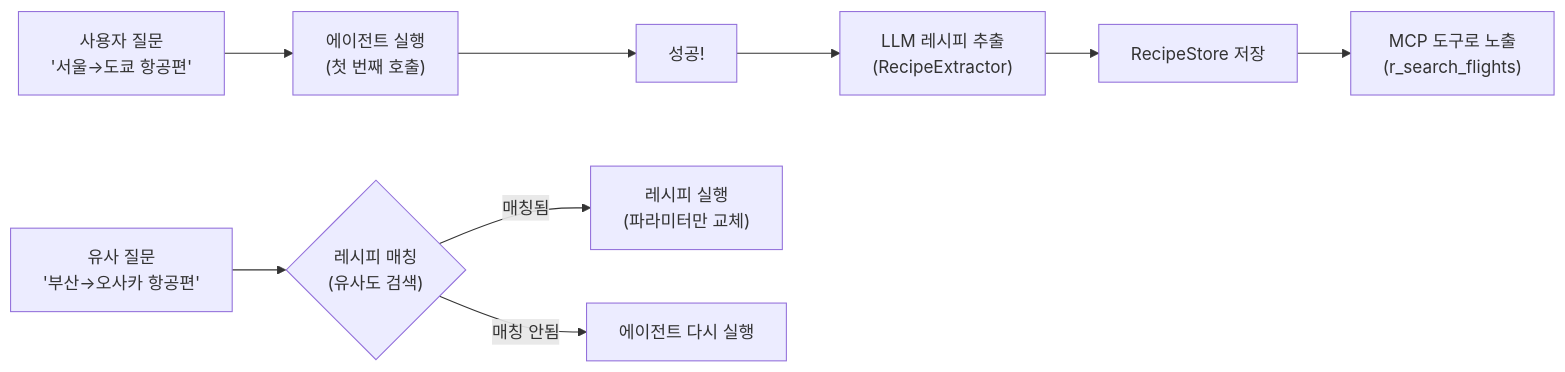
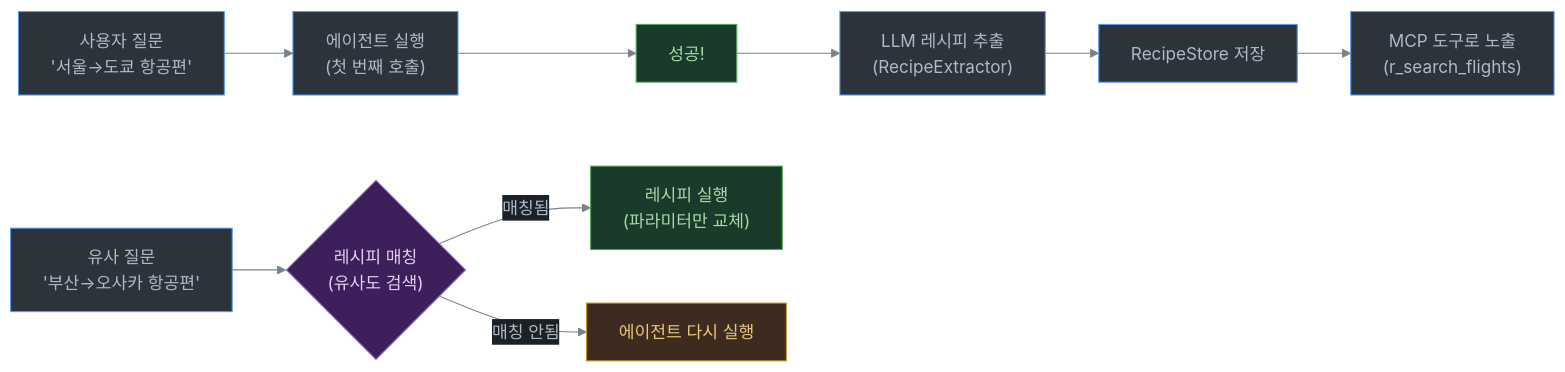
Before and after one commit to yeochul-jeon/api-ai-agent: the diagram in docs/06-레시피-시스템.md, drawn with Mermaid. The commit also changed 4 other files, not shown here.

First line of the commit message:
style: Mermaid 다이어그램 다크테마 스타일링 적용

````diff
--- a/docs/06-레시피-시스템.md
+++ b/docs/06-레시피-시스템.md
@@ -23,12 +23,17 @@
 ```mermaid
+%%{init: {'theme': 'base', 'themeVariables': {'primaryColor': '#2d333b', 'primaryTextColor': '#adbac7', 'primaryBorderColor': '#539bf5', 'secondaryColor': '#1c2128', 'secondaryTextColor': '#adbac7', 'secondaryBorderColor': '#444c56', 'tertiaryColor': '#1c2128', 'tertiaryTextColor': '#adbac7', 'tertiaryBorderColor': '#444c56', 'lineColor': '#768390', 'textColor': '#adbac7', 'mainBkg': '#2d333b', 'nodeBorder': '#539bf5', 'clusterBkg': '#1c2128', 'clusterBorder': '#444c56', 'titleColor': '#adbac7', 'edgeLabelBackground': '#1c2128'}}}%%
 graph LR
     A["사용자 질문<br/>'서울→도쿄 항공편'"] --> B["에이전트 실행<br/>(첫 번째 호출)"]
-    B --> C["성공!"]
+    B --> C["성공!"]:::success
     C --> D["LLM 레시피 추출<br/>(RecipeExtractor)"]
     D --> E["RecipeStore 저장"]
     E --> F["MCP 도구로 노출<br/>(r_search_flights)"]
 
-    G["유사 질문<br/>'부산→오사카 항공편'"] --> H{"레시피 매칭<br/>(유사도 검색)"}
-    H -->|매칭됨| I["레시피 실행<br/>(파라미터만 교체)"]
-    H -->|매칭 안됨| J["에이전트 다시 실행"]
+    G["유사 질문<br/>'부산→오사카 항공편'"] --> H{"레시피 매칭<br/>(유사도 검색)"}:::decision
+    H -->|매칭됨| I["레시피 실행<br/>(파라미터만 교체)"]:::success
+    H -->|매칭 안됨| J["에이전트 다시 실행"]:::warning
+
+    classDef decision fill:#3d1f5c,stroke:#b083e0,color:#e0d0f0
+    classDef success fill:#1a3a2a,stroke:#57ab5a,color:#a8d8a8
+    classDef warning fill:#3d2b1f,stroke:#c69026,color:#e8c87a
 ```
````
